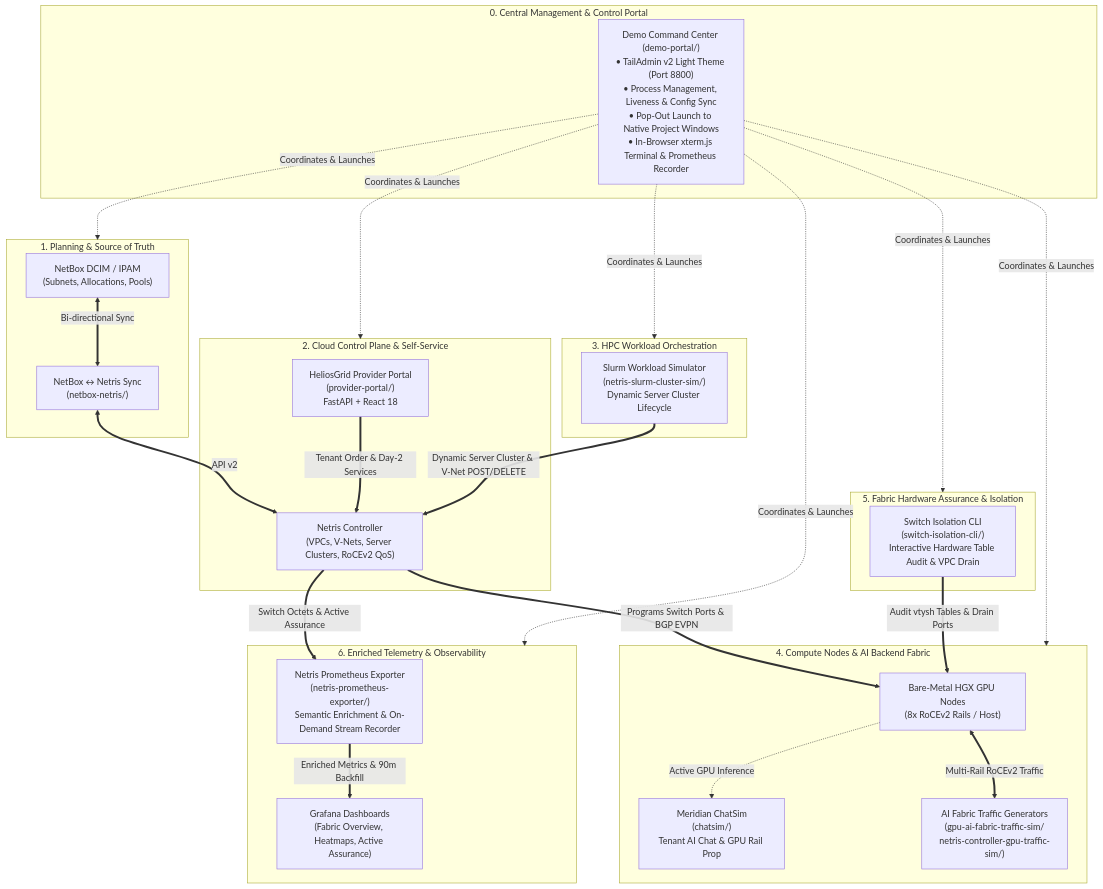
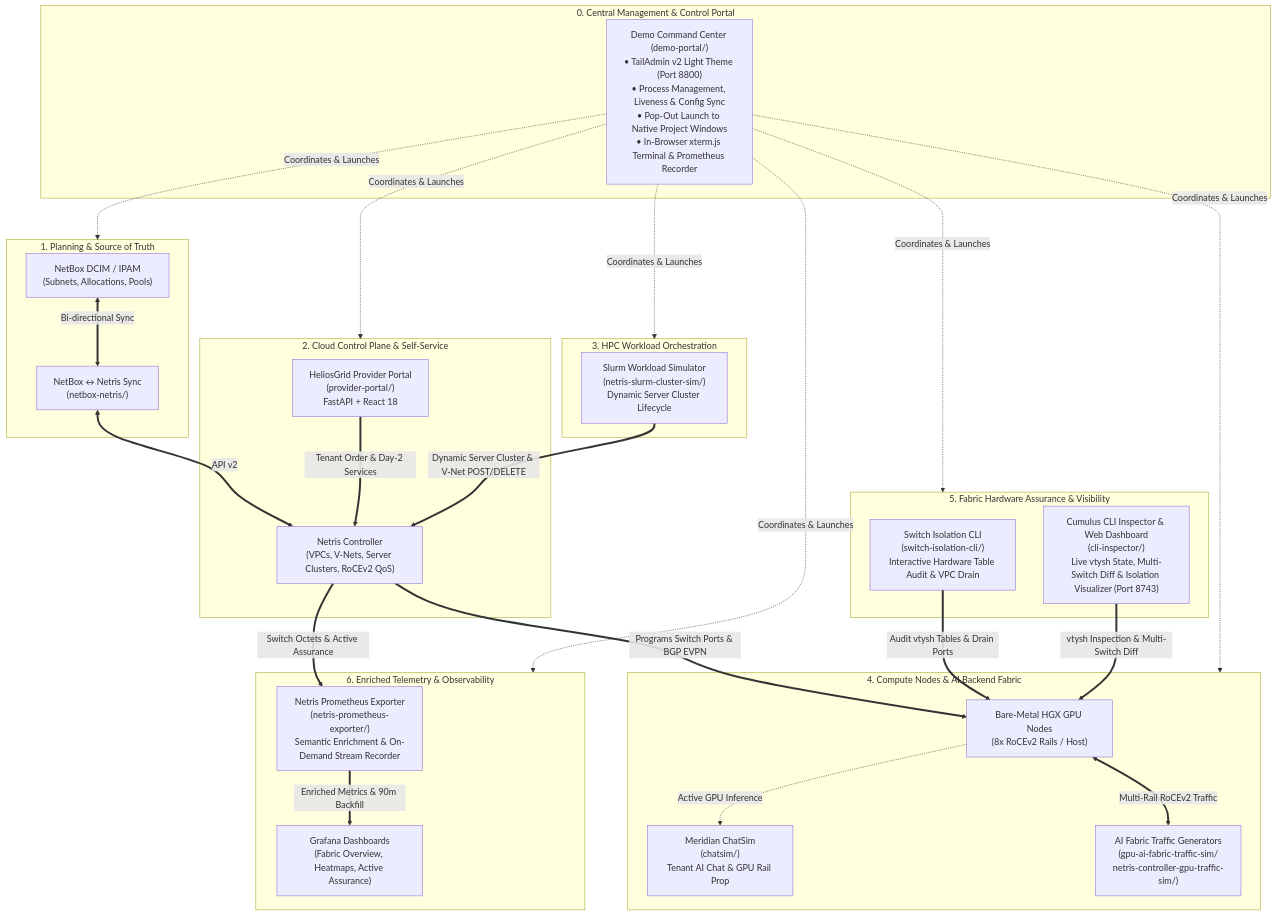
The first of 2 diagrams in README.md (iamjarvs/netris_demo_portal), drawn with Mermaid before and after one commit. The commit also changed other lines of this file and 88 other files, not shown here.

Commit message:
feat(suite): integrate cumulus switch cli-inspector and web dashboard into demo tools suite

````diff
--- a/README.md
+++ b/README.md
@@ -22,47 +22,49 @@
 ```mermaid
 graph TB
     subgraph ManagementHub ["0. Central Management & Control Portal"]
         CommandCenter["Demo Command Center (demo-portal/)<br/>• TailAdmin v2 Light Theme (Port 8800)<br/>• Process Management, Liveness & Config Sync<br/>• Pop-Out Launch to Native Project Windows<br/>• In-Browser xterm.js Terminal & Prometheus Recorder"]
     end
 
     subgraph Planning ["1. Planning & Source of Truth"]
         NetBox["NetBox DCIM / IPAM<br/>(Subnets, Allocations, Pools)"]
         SyncService["NetBox ↔ Netris Sync<br/>(netbox-netris/)"]
     end
 
     subgraph ControlPlane ["2. Cloud Control Plane & Self-Service"]
         Portal["HeliosGrid Provider Portal<br/>(provider-portal/)<br/>FastAPI + React 18"]
         NetrisCTL["Netris Controller<br/>(VPCs, V-Nets, Server Clusters, RoCEv2 QoS)"]
     end
 
     subgraph Orchestration ["3. HPC Workload Orchestration"]
         Slurm["Slurm Workload Simulator<br/>(netris-slurm-cluster-sim/)<br/>Dynamic Server Cluster Lifecycle"]
     end
 
     subgraph ComputeFabric ["4. Compute Nodes & AI Backend Fabric"]
         HGX["Bare-Metal HGX GPU Nodes<br/>(8x RoCEv2 Rails / Host)"]
         Meridian["Meridian ChatSim<br/>(chatsim/)<br/>Tenant AI Chat & GPU Rail Prop"]
         TrafficSim["AI Fabric Traffic Generators<br/>(gpu-ai-fabric-traffic-sim/<br/>netris-controller-gpu-traffic-sim/)"]
     end
 
-    subgraph Assurance ["5. Fabric Hardware Assurance & Isolation"]
+    subgraph Assurance ["5. Fabric Hardware Assurance & Visibility"]
         IsolationTool["Switch Isolation CLI<br/>(switch-isolation-cli/)<br/>Interactive Hardware Table Audit & VPC Drain"]
+        CLIInspector["Cumulus CLI Inspector & Web Dashboard<br/>(cli-inspector/)<br/>Live vtysh State, Multi-Switch Diff & Isolation Visualizer (Port 8743)"]
     end
 
     subgraph Observability ["6. Enriched Telemetry & Observability"]
         Exporter["Netris Prometheus Exporter<br/>(netris-prometheus-exporter/)<br/>Semantic Enrichment & On-Demand Stream Recorder"]
         Dashboards["Grafana Dashboards<br/>(Fabric Overview, Heatmaps, Active Assurance)"]
     end
 
     CommandCenter -.->|Coordinates & Launches| Planning & ControlPlane & Orchestration & ComputeFabric & Assurance & Observability
     NetBox <==>|Bi-directional Sync| SyncService
     SyncService <==>|API v2| NetrisCTL
     Portal ==>|Tenant Order & Day-2 Services| NetrisCTL
     Slurm ==>|Dynamic Server Cluster & V-Net POST/DELETE| NetrisCTL
     NetrisCTL ==>|Programs Switch Ports & BGP EVPN| HGX
     HGX -.->|Active GPU Inference| Meridian
     HGX <==>|Multi-Rail RoCEv2 Traffic| TrafficSim
     IsolationTool ==>|Audit vtysh Tables & Drain Ports| HGX
+    CLIInspector ==>|vtysh Inspection & Multi-Switch Diff| HGX
     NetrisCTL ==>|Switch Octets & Active Assurance| Exporter
     Exporter ==>|Enriched Metrics & 90m Backfill| Dashboards
 ```
````
